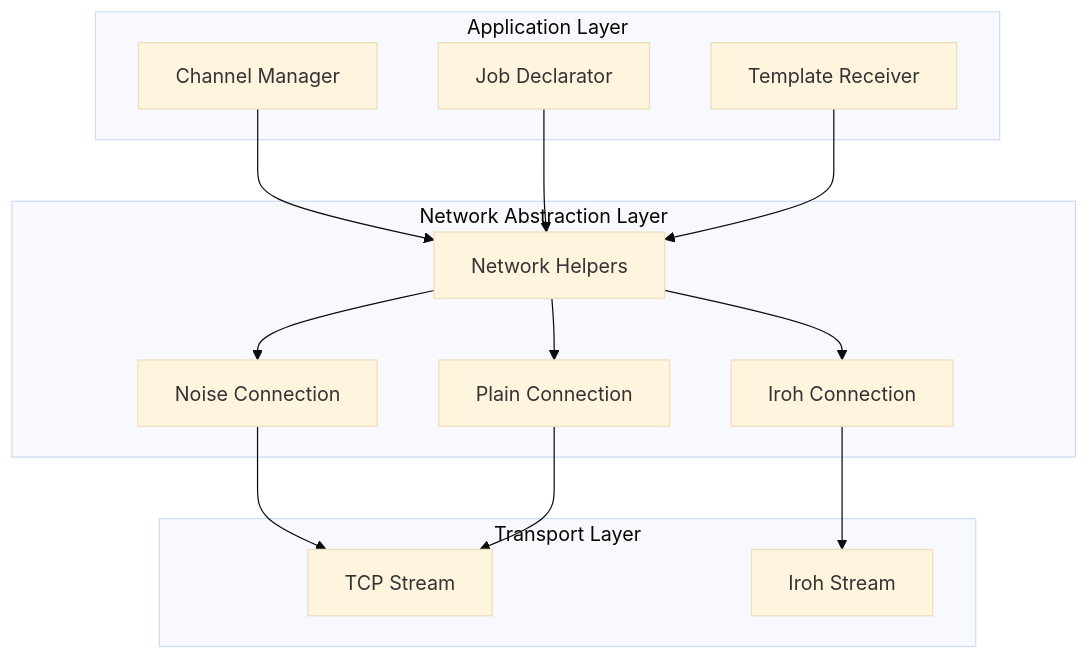
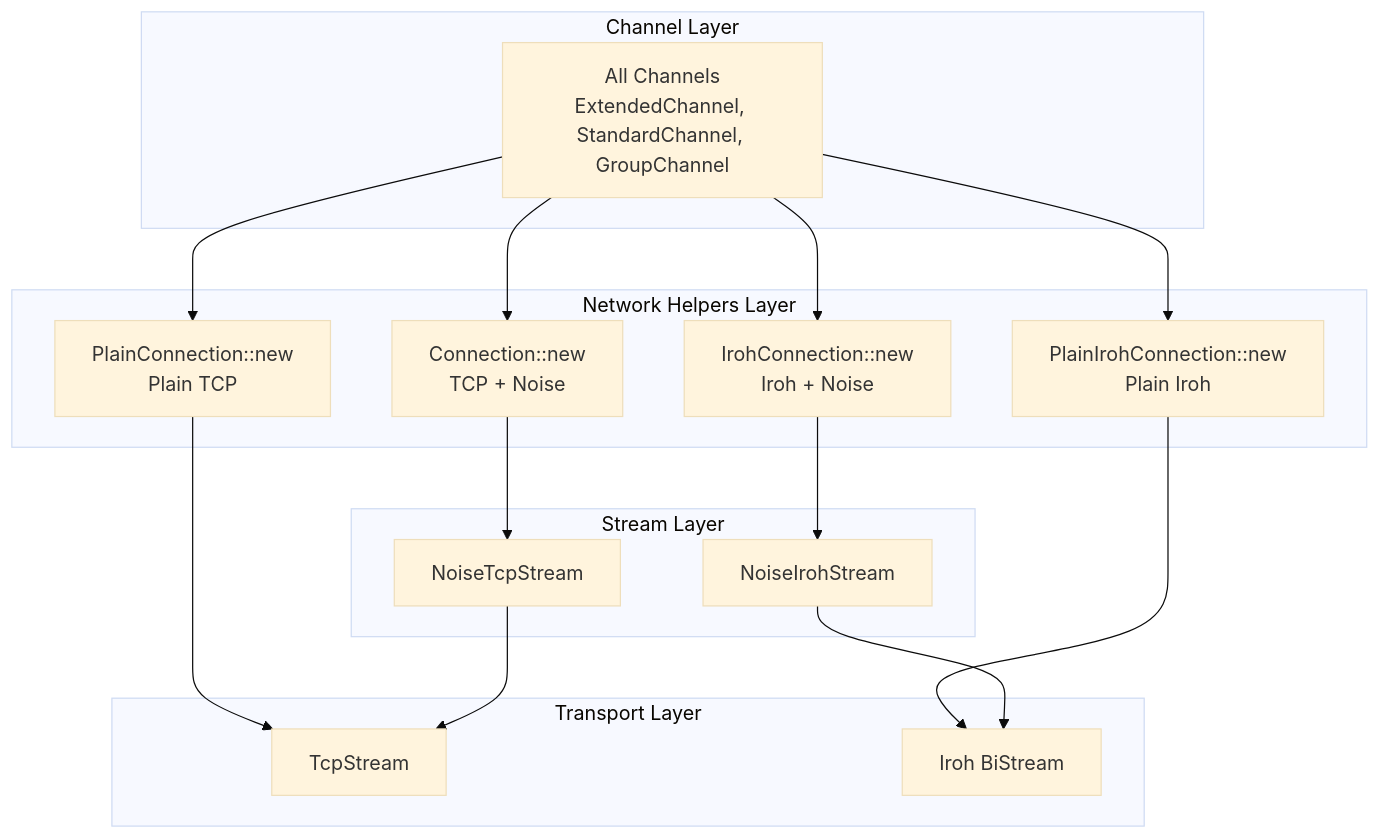
Before and after one commit to EthnTuttle/stratum: the diagram in .kiro/specs/iroh-network-integration/design.md, drawn with Mermaid (base theme). The commit also changed other lines of this file and 2 other files, not shown here.

First line of the commit message:
docs(iroh-network): Add initial design for Iroh network integration

````diff
--- a/.kiro/specs/iroh-network-integration/design.md
+++ b/.kiro/specs/iroh-network-integration/design.md
@@ -20,32 +18,36 @@
 ```mermaid
 graph TB
-    subgraph "Application Layer"
-        CM[Channel Manager]
-        JD[Job Declarator]
-        TR[Template Receiver]
+    subgraph "Channel Layer"
+        CHAN[All Channels<br/>ExtendedChannel, StandardChannel, GroupChannel]
     end
     
-    subgraph "Network Abstraction Layer"
-        NH[Network Helpers]
-        NC[Noise Connection]
-        PC[Plain Connection]
-        IC[Iroh Connection]
+    subgraph "Network Helpers Layer"
+        NC[Connection::new<br/>TCP + Noise]
+        PC[PlainConnection::new<br/>Plain TCP]
+        IC[IrohConnection::new<br/>Iroh + Noise]
+        PIC[PlainIrohConnection::new<br/>Plain Iroh]
+    end
+    
+    subgraph "Stream Layer"
+        NTS[NoiseTcpStream]
+        NIS[NoiseIrohStream]
     end
     
     subgraph "Transport Layer"
-        TCP[TCP Stream]
-        IROH[Iroh Stream]
+        TCP[TcpStream]
+        IROH[Iroh BiStream]
     end
     
-    CM --> NH
-    JD --> NH
-    TR --> NH
+    CHAN --> NC
+    CHAN --> PC
+    CHAN --> IC
+    CHAN --> PIC
     
-    NH --> NC
-    NH --> PC
-    NH --> IC
+    NC --> NTS
+    IC --> NIS
+    PC --> TCP
+    PIC --> IROH
     
-    NC --> TCP
-    PC --> TCP
-    IC --> IROH
+    NTS --> TCP
+    NIS --> IROH
 ```
````
